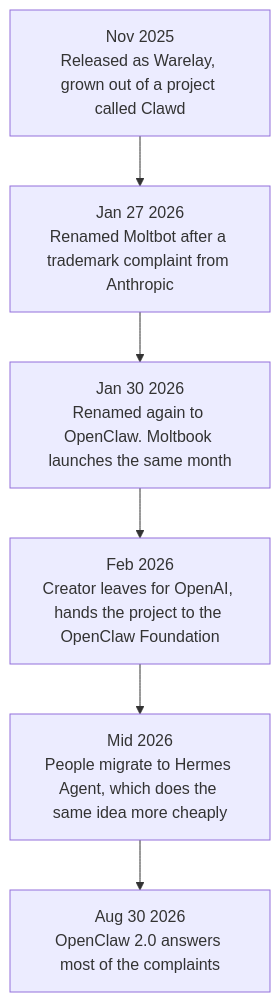
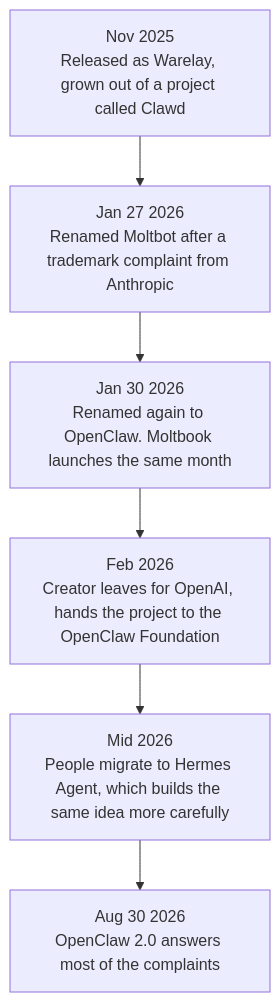
The diagram in mini-courses/2_intermediate/everyone/personal_agents.md (lokumai/ai-engineering-bazaar), drawn with Mermaid before and after one commit. The commit also changed other lines of this file and 58 other files, not shown here.

````diff
--- a/mini-courses/2_intermediate/everyone/personal_agents.md
+++ b/mini-courses/2_intermediate/everyone/personal_agents.md
@@ -44,10 +44,10 @@
 ```mermaid
 graph TD
     A["Nov 2025<br/>Released as Warelay, grown out of a project called Clawd"]
     B["Jan 27 2026<br/>Renamed Moltbot after a trademark complaint from Anthropic"]
     C["Jan 30 2026<br/>Renamed again to OpenClaw. Moltbook launches the same month"]
     D["Feb 2026<br/>Creator leaves for OpenAI, hands the project to the OpenClaw Foundation"]
-    E["Mid 2026<br/>People migrate to Hermes Agent, which does the same idea more cheaply"]
+    E["Mid 2026<br/>People migrate to Hermes Agent, which builds the same idea more carefully"]
     F["Aug 30 2026<br/>OpenClaw 2.0 answers most of the complaints"]
     A --> B --> C --> D --> E --> F
 ```
````
